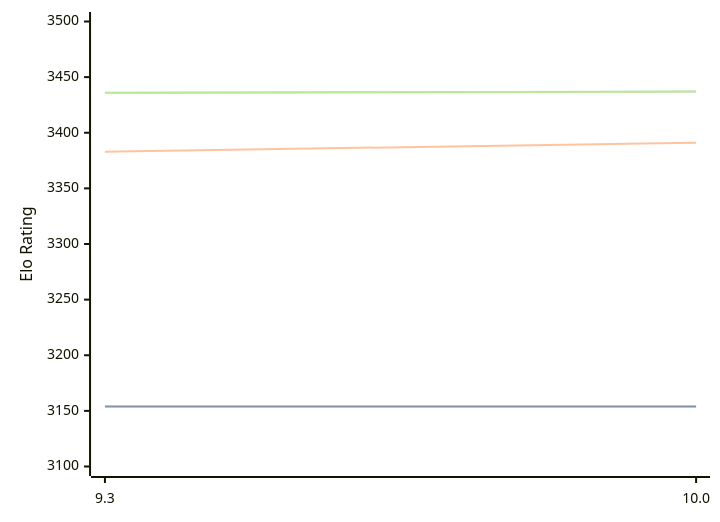
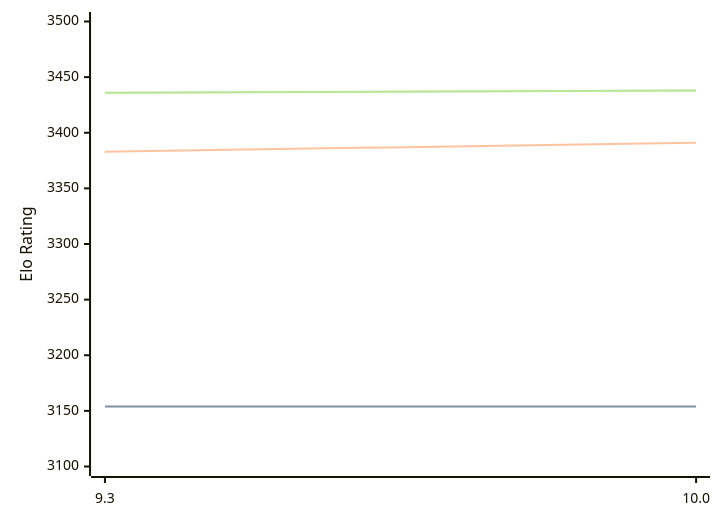
Before and after one commit to computer-chess-index/cci: the diagram in engines/Fire.md, drawn with Mermaid. The commit also changed other lines of this file, not shown here.

Commit message:
Update CCI Ratings (ELO VLTC) - 2026-09-26

````diff
--- a/engines/Fire.md
+++ b/engines/Fire.md
@@ -32,11 +32,11 @@
 ```mermaid
 %%{init: {"theme":"base","themeVariables":{"seriesColors:['#a3a3a3','#222221','#faa371']}}}%%
 xychart-beta
   x-axis ["9.3", "10.0"]
   y-axis "Elo Rating" 3100 --> 3500
   line "" [3154, 3154]
   line "STC (8.0+0.08s)" [3154, 3154]
   line "LTC (60.0+0.60s)" [3383, 3391]
-  line "" [3436, 3437]
-  line "VLTC (2m24s+1.12s)" [3436, 3437]
+  line "" [3436, 3438]
+  line "VLTC (2m24s+1.12s)" [3436, 3438]
 ```
````
